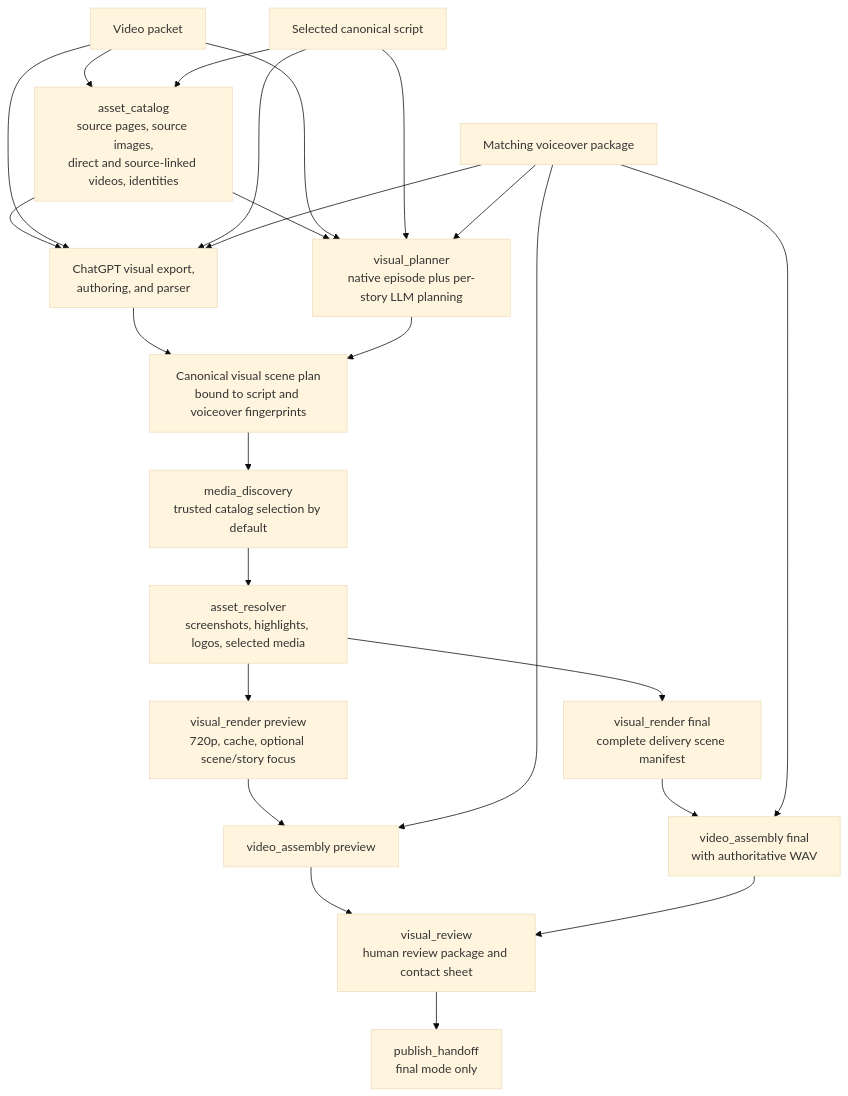
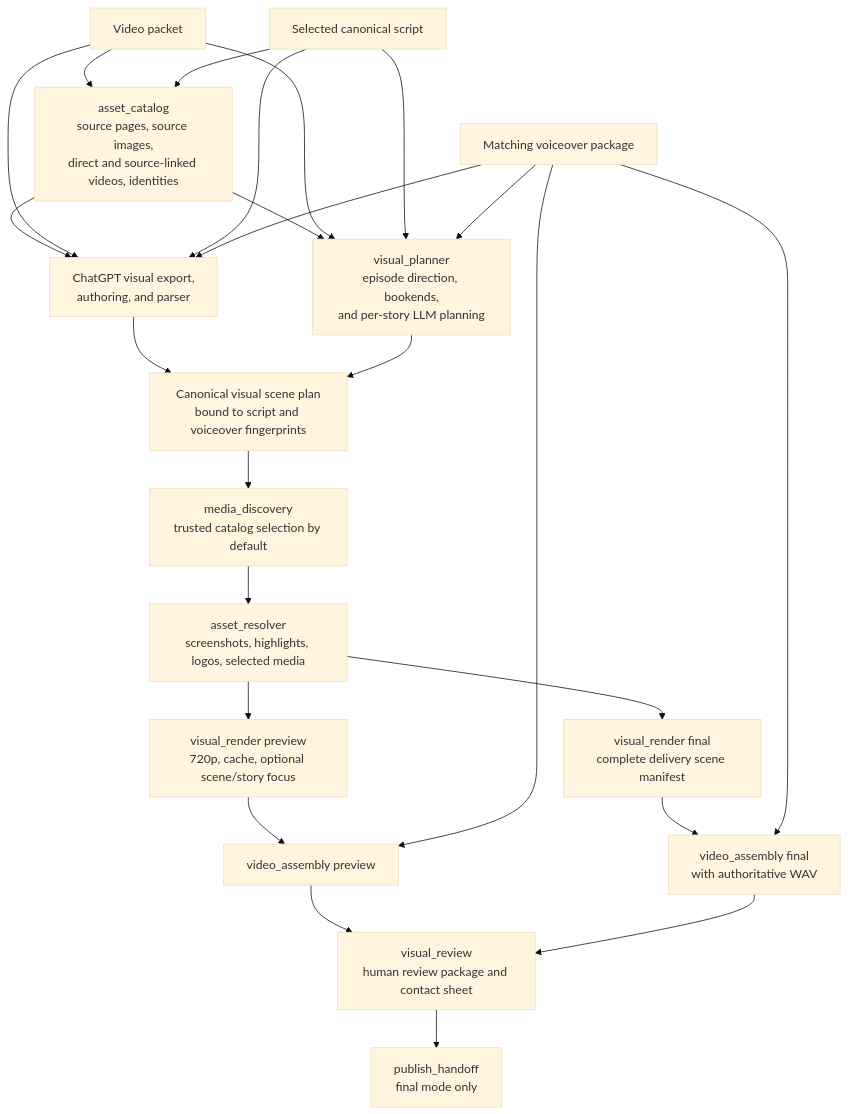
One commit to Eswar021/ai-news-pipeline changed the sixth of 7 diagrams in docs/current_system_architecture.md. Above: the diagram before and after it, drawn with Mermaid (base theme). The commit also changed other lines of this file and 59 other files, not shown here.

````diff
--- a/docs/current_system_architecture.md
+++ b/docs/current_system_architecture.md
@@ -337,40 +359,40 @@
 ```mermaid
 flowchart TD
     packet[Video packet]
     script[Selected canonical script]
     voice[Matching voiceover package]
 
     catalog[asset_catalog<br/>source pages, source images,<br/>direct and source-linked videos, identities]
 
-    nativePlan[visual_planner<br/>native episode plus per-story LLM planning]
+    nativePlan[visual_planner<br/>episode direction, bookends,<br/>and per-story LLM planning]
     handoff[ChatGPT visual export,<br/>authoring, and parser]
     plan[Canonical visual scene plan<br/>bound to script and voiceover fingerprints]
 
     media[media_discovery<br/>trusted catalog selection by default]
     resolver[asset_resolver<br/>screenshots, highlights, logos, selected media]
 
     preview[visual_render preview<br/>720p, cache, optional scene/story focus]
     finalRender[visual_render final<br/>complete delivery scene manifest]
     previewAssembly[video_assembly preview]
     finalAssembly[video_assembly final<br/>with authoritative WAV]
     review[visual_review<br/>human review package and contact sheet]
     publish[publish_handoff<br/>final mode only]
 
     packet --> catalog
     script --> catalog
     catalog --> nativePlan
     packet --> nativePlan
     script --> nativePlan
     voice --> nativePlan
     catalog --> handoff
     packet --> handoff
     script --> handoff
     voice --> handoff
     handoff --> plan
     nativePlan --> plan
     plan --> media --> resolver
     resolver --> preview --> previewAssembly --> review
     resolver --> finalRender --> finalAssembly --> review --> publish
     voice --> previewAssembly
     voice --> finalAssembly
 ```
````
